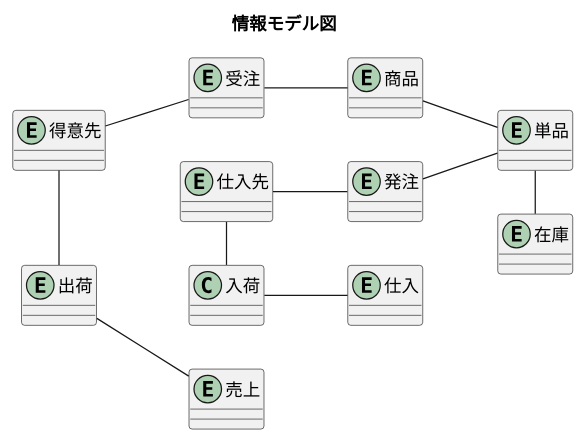
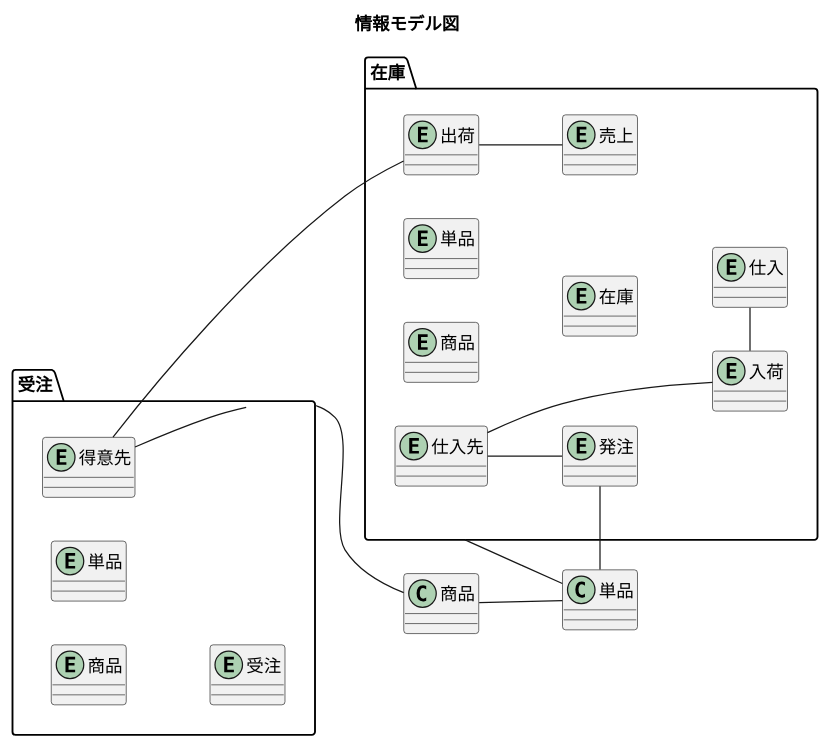
Before and after one commit to k2works/application_programing_excercise_2022: diagram 33 of 39 in docs/index.adoc, drawn with PlantUML.

Commit message:
docs: 情報モデル

```diff
--- a/docs/index.adoc
+++ b/docs/index.adoc
@@ -1054,32 +1054,40 @@
 [plantuml]
 ----
 @startuml
 
 title 情報モデル図
 
 left to right direction
 
+package 受注 {
 entity 得意先
+entity 商品
+entity 単品
+entity 受注
+}
+
+package 在庫 {
 entity 仕入先
 entity 商品
 entity 単品
-entity 受注
 entity 出荷
 entity 発注
+entity 入荷
 entity 在庫
+entity 仕入
 entity 売上
-entity 仕入
+}
 
 得意先 - 出荷
 得意先 -- 受注
 受注 -- 商品
 商品 -- 単品
 単品 - 在庫
 出荷 -- 売上
 仕入先 -- 発注
-仕入先 - 入荷
-発注 -- 単品
-入荷 -- 仕入
+仕入先 --- 入荷
+発注 - 単品
+入荷 - 仕入
 
 @enduml
 ----
```
